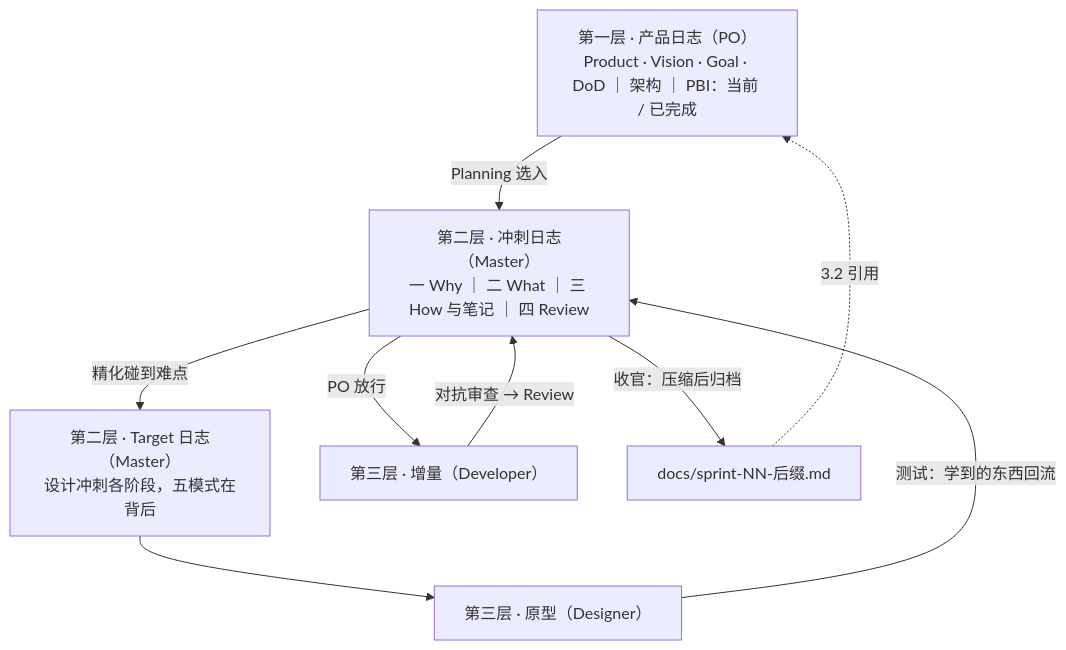
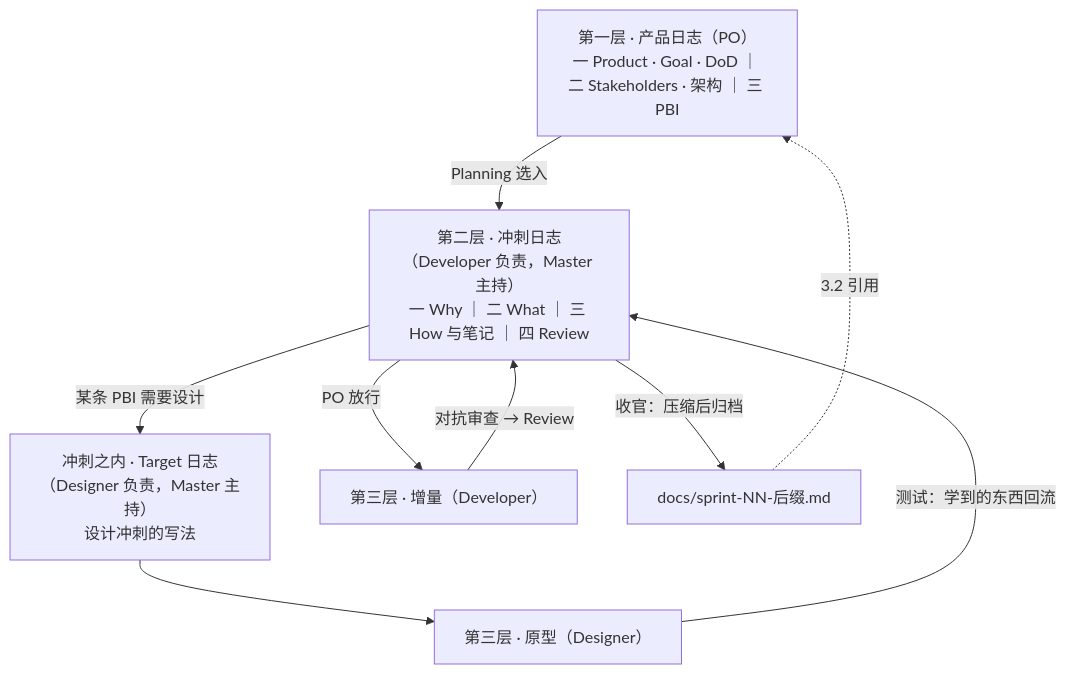
Before and after one commit to seapawn1/IDEO-Scrum: the second of 3 diagrams in scrum/ProductBacklog.md, drawn with Mermaid. The commit also changed other lines of this file and 2 other files, not shown here.

First line of the commit message:
docs: 产品日志精化第三轮——按新模板重排（Stakeholders 角色卡、架构以 Map 为骨架、PBI 七列含用户故事）

````diff
--- a/scrum/ProductBacklog.md
+++ b/scrum/ProductBacklog.md
@@ -62,12 +99,12 @@
 ```mermaid
 flowchart TD
-    PL["第一层 · 产品日志（PO）<br/>Product · Vision · Goal · DoD ｜ 架构 ｜ PBI：当前 / 已完成"]
-    PL -- "Planning 选入" --> SL["第二层 · 冲刺日志（Master）<br/>一 Why ｜ 二 What ｜ 三 How 与笔记 ｜ 四 Review"]
-    SL -- "精化碰到难点" --> TL["第二层 · Target 日志（Master）<br/>设计冲刺各阶段，五模式在背后"]
+    PL["第一层 · 产品日志（PO）<br/>一 Product · Goal · DoD ｜ 二 Stakeholders · 架构 ｜ 三 PBI"]
+    PL -- "Planning 选入" --> SL["第二层 · 冲刺日志（Developer 负责，Master 主持）<br/>一 Why ｜ 二 What ｜ 三 How 与笔记 ｜ 四 Review"]
+    SL -- "某条 PBI 需要设计" --> TL["冲刺之内 · Target 日志（Designer 负责，Master 主持）<br/>设计冲刺的写法"]
     SL -- "PO 放行" --> INC["第三层 · 增量（Developer）"]
     TL --> PR["第三层 · 原型（Designer）"]
     INC -- "对抗审查 → Review" --> SL
     PR -- "测试：学到的东西回流" --> SL
     SL -- "收官：压缩后归档" --> DOC["docs/sprint-NN-后缀.md"]
     DOC -. "3.2 引用" .-> PL
 ```
````
